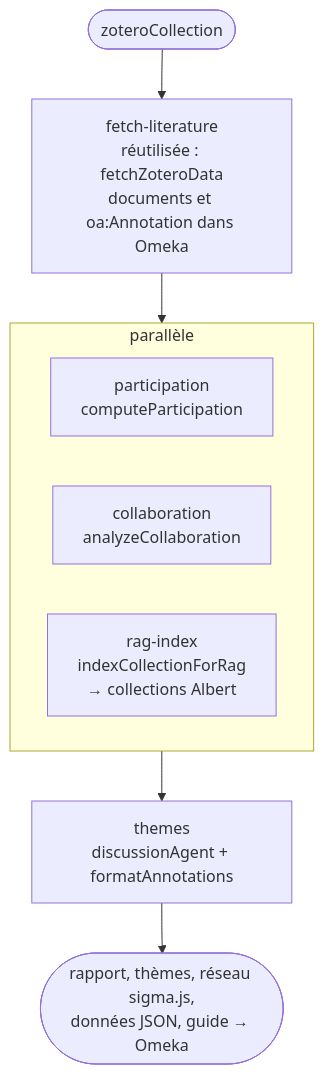
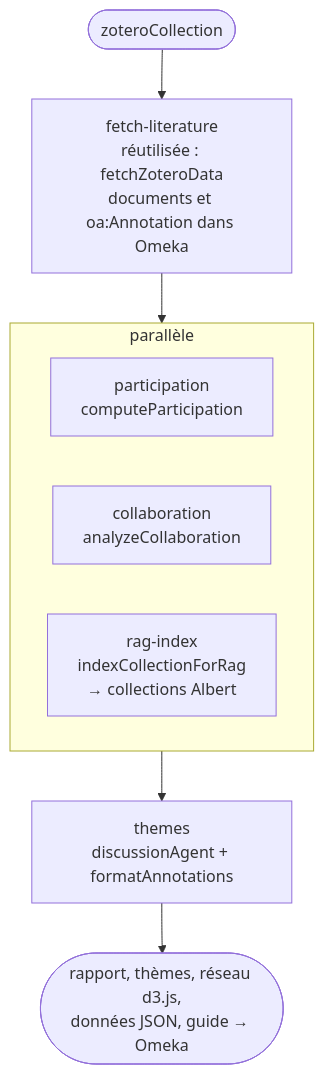
Before and after one commit to samszo/ecosysteme-agents-recherche: the eighth of 10 diagrams in docs/technique.md, drawn with Mermaid. The commit also changed other lines of this file and 29 other files, not shown here.

First line of the commit message:
feat: add force graph and workflow diagram visualizations

````diff
--- a/docs/technique.md
+++ b/docs/technique.md
@@ -478,12 +480,12 @@
 ```mermaid
 flowchart TD
     IN([zoteroCollection]) --> F[fetch-literature<br/>réutilisée : fetchZoteroData<br/>documents et oa:Annotation dans Omeka]
     F --> PAR
     subgraph PAR[parallèle]
         P[participation<br/>computeParticipation]
         C[collaboration<br/>analyzeCollaboration]
         R[rag-index<br/>indexCollectionForRag<br/>→ collections Albert]
     end
     PAR --> T[themes<br/>discussionAgent + formatAnnotations]
-    T --> OUT([rapport, thèmes, réseau sigma.js,<br/>données JSON, guide → Omeka])
+    T --> OUT([rapport, thèmes, réseau d3.js,<br/>données JSON, guide → Omeka])
 ```
````
